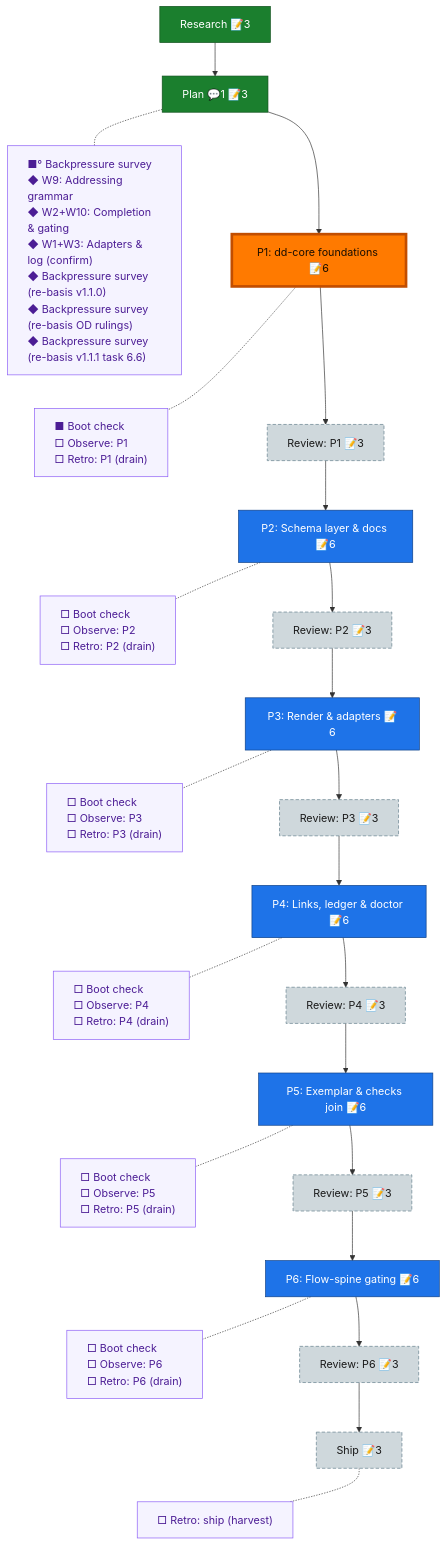
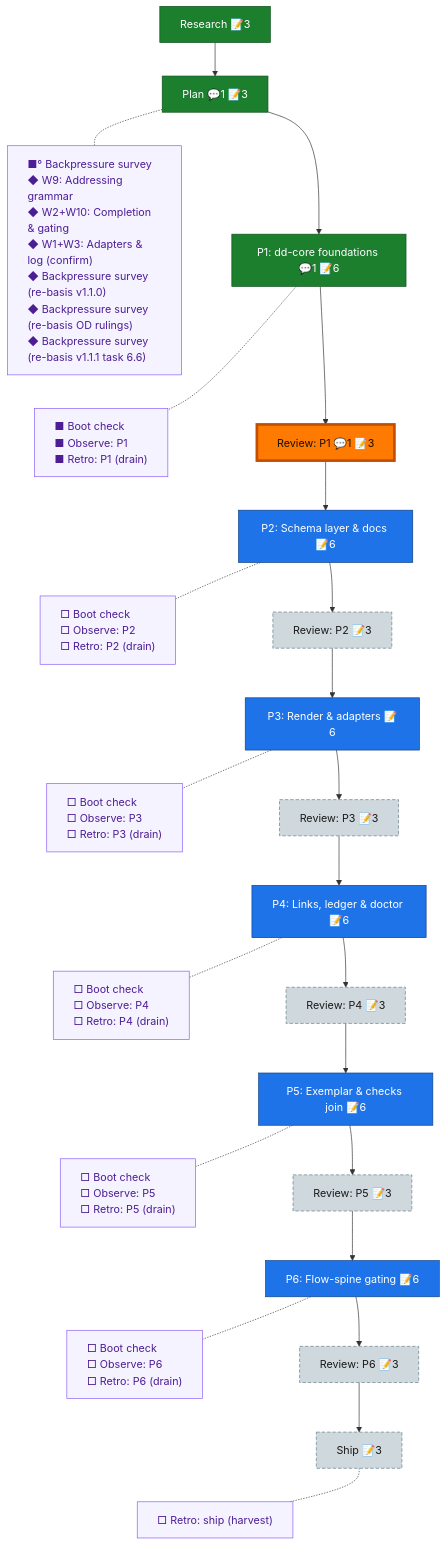
The diagram in docs/plans/065-deterministic-documents/the-flow.md (AI-Substrate/harness-engineering), drawn with Mermaid before and after one commit. The commit also changed other lines of this file and 2 other files, not shown here.

Commit message:
docs(065): P1 complete — flow spine through review-1 (APPROVE, 10/10 mutations), phase retro record

````diff
--- a/docs/plans/065-deterministic-documents/the-flow.md
+++ b/docs/plans/065-deterministic-documents/the-flow.md
@@ -8,50 +8,49 @@
 ```mermaid
 flowchart TD
     research["Research 📝3"]:::done
     plan["Plan 💬1 📝3"]:::done
-    phase_1["P1: dd-core foundations 📝6"]:::wip
-    review_1["Review: P1 📝3"]:::assumed
+    phase_1["P1: dd-core foundations 💬1 📝6"]:::done
+    review_1["Review: P1 💬1 📝3"]:::done
     phase_2["P2: Schema layer & docs 📝6"]:::known
     review_2["Review: P2 📝3"]:::assumed
     phase_3["P3: Render & adapters 📝6"]:::known
     review_3["Review: P3 📝3"]:::assumed
     phase_4["P4: Links, ledger & doctor 📝6"]:::known
     review_4["Review: P4 📝3"]:::assumed
     phase_5["P5: Exemplar & checks join 📝6"]:::known
     review_5["Review: P5 📝3"]:::assumed
     phase_6["P6: Flow-spine gating 📝6"]:::known
     review_6["Review: P6 📝3"]:::assumed
     ship["Ship 📝3"]:::assumed
 
     research --> plan --> phase_1 --> review_1 --> phase_2 --> review_2 --> phase_3 --> review_3 --> phase_4 --> review_4 --> phase_5 --> review_5 --> phase_6 --> review_6 --> ship
 
     planC["■° Backpressure survey<br/>◆ W9: Addressing grammar<br/>◆ W2+W10: Completion & gating<br/>◆ W1+W3: Adapters & log (confirm)<br/>◆ Backpressure survey (re-basis v1.1.0)<br/>◆ Backpressure survey (re-basis OD rulings)<br/>◆ Backpressure survey (re-basis v1.1.1 task 6.6)"]:::chore
-    phase_1C["■ Boot check<br/>□ Observe: P1<br/>□ Retro: P1 (drain)"]:::chore
+    phase_1C["■ Boot check<br/>■ Observe: P1<br/>■ Retro: P1 (drain)"]:::chore
     phase_2C["□ Boot check<br/>□ Observe: P2<br/>□ Retro: P2 (drain)"]:::chore
     phase_3C["□ Boot check<br/>□ Observe: P3<br/>□ Retro: P3 (drain)"]:::chore
     phase_4C["□ Boot check<br/>□ Observe: P4<br/>□ Retro: P4 (drain)"]:::chore
     phase_5C["□ Boot check<br/>□ Observe: P5<br/>□ Retro: P5 (drain)"]:::chore
     phase_6C["□ Boot check<br/>□ Observe: P6<br/>□ Retro: P6 (drain)"]:::chore
     shipC["□ Retro: ship (harvest)"]:::chore
 
     %% invisible chain holds the gutter boxes in their own column
     planC ~~~ phase_1C ~~~ phase_2C ~~~ phase_3C ~~~ phase_4C ~~~ phase_5C ~~~ phase_6C ~~~ shipC
 
     %% dotted links pull each gutter box beside its node
     plan -.- planC
     phase_1 -.- phase_1C
     phase_2 -.- phase_2C
     phase_3 -.- phase_3C
     phase_4 -.- phase_4C
     phase_5 -.- phase_5C
     phase_6 -.- phase_6C
     ship -.- shipC
 
     classDef done fill:#1B7F2E,stroke:#0F4F1B,color:#fff;
-    classDef wip fill:#43C04A,stroke:#1B7F2E,color:#04210A;
     classDef known fill:#1E73E8,stroke:#0D3F86,color:#fff;
     classDef assumed fill:#CFD8DC,stroke:#607D8B,color:#1a1a1a,stroke-dasharray:5 3;
     classDef chore fill:#f5f3ff,stroke:#8b5cf6,color:#4c1d95,text-align:left;
     classDef current fill:#FF7A00,stroke:#C24E00,color:#1a0e00,stroke-width:4px;
-    class phase_1 current;
+    class review_1 current;
 ```
````
